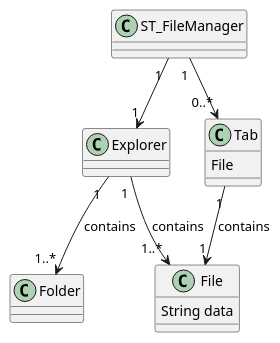
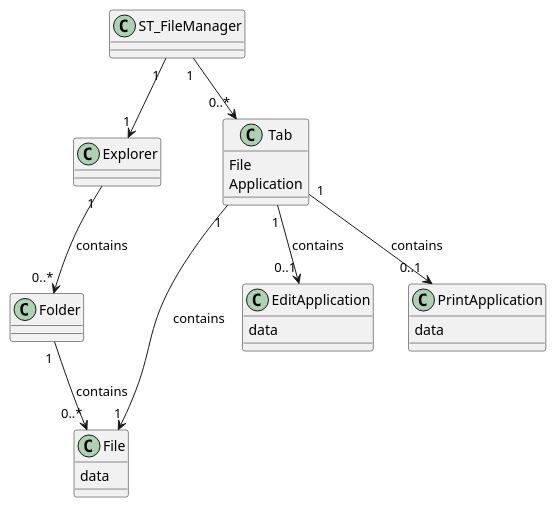
Before and after one commit to d-creations/st_fileManager7: the diagram in doc/DomainModelBusiness.puml, drawn with PlantUML. The commit also changed 2 other files, not shown here.

```diff
--- a/doc/DomainModelBusiness.puml
+++ b/doc/DomainModelBusiness.puml
@@ -1,23 +1,36 @@
 @startuml
 
 class File {
-String data
+ data
 }
 class Folder {
 }
 
 class Explorer {
 }
 
 class Tab{
 File
+Application
 }
 
+class EditApplication{
+data
+}
+
+class PrintApplication{
+data
+}
+
+
 ST_FileManager "1 " -->"1"  Explorer
-Explorer  "1 " -->"1..*"  Folder : contains
-Explorer "1 " -->"1..*" File : contains
+Explorer  "1 " -->"0..*"  Folder : contains
+Folder "1 " -->"0..*" File : contains
 Tab "1" -->"1"File : contains
+Tab "1" -->"0..1"PrintApplication : contains
+Tab "1" -->"0..1"EditApplication : contains
+
 ST_FileManager "1 " -->"0..*"  Tab
 
 
 @enduml
```
